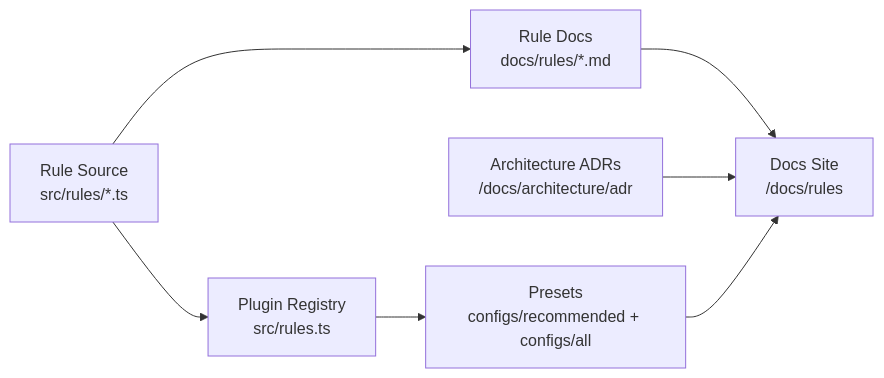
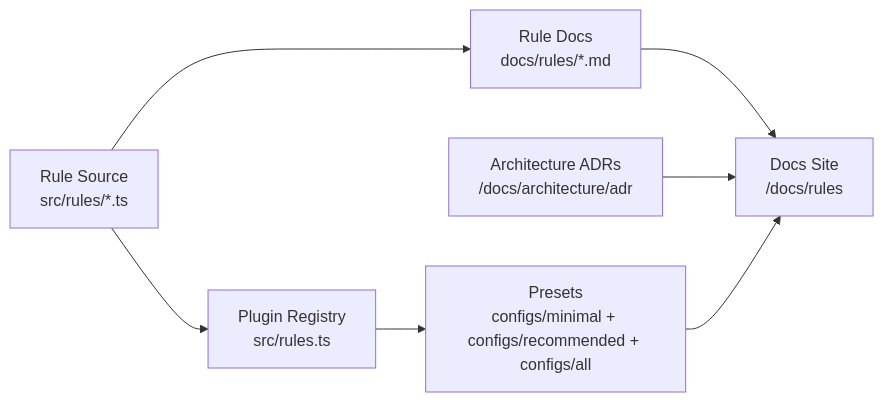
The diagram in docs/docusaurus/site-docs/intro.md (Nick2bad4u/eslint-plugin-etc-misc), drawn with Mermaid before and after one commit. The commit also changed 15 other files, not shown here.

````diff
--- a/docs/docusaurus/site-docs/intro.md
+++ b/docs/docusaurus/site-docs/intro.md
@@ -20,9 +20,9 @@
 ```mermaid
 flowchart LR
     A[Rule Source\nsrc/rules/*.ts] --> B[Plugin Registry\nsrc/rules.ts]
-    B --> C[Presets\nconfigs/recommended + configs/all]
+    B --> C[Presets\nconfigs/minimal + configs/recommended + configs/all]
     A --> D[Rule Docs\ndocs/rules/*.md]
     D --> E[Docs Site\n/docs/rules]
     F[Architecture ADRs\n/docs/architecture/adr] --> E
     C --> E
 ```
````
